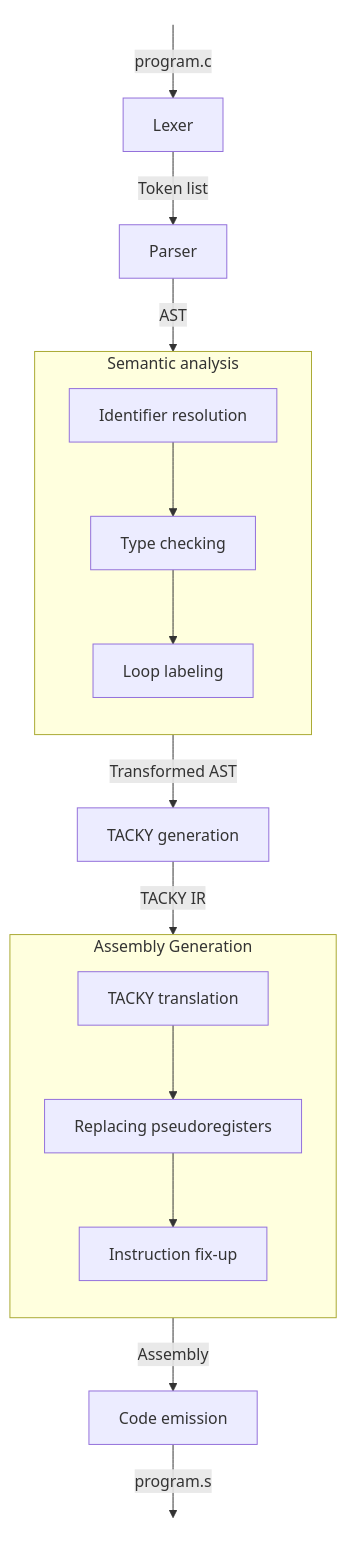
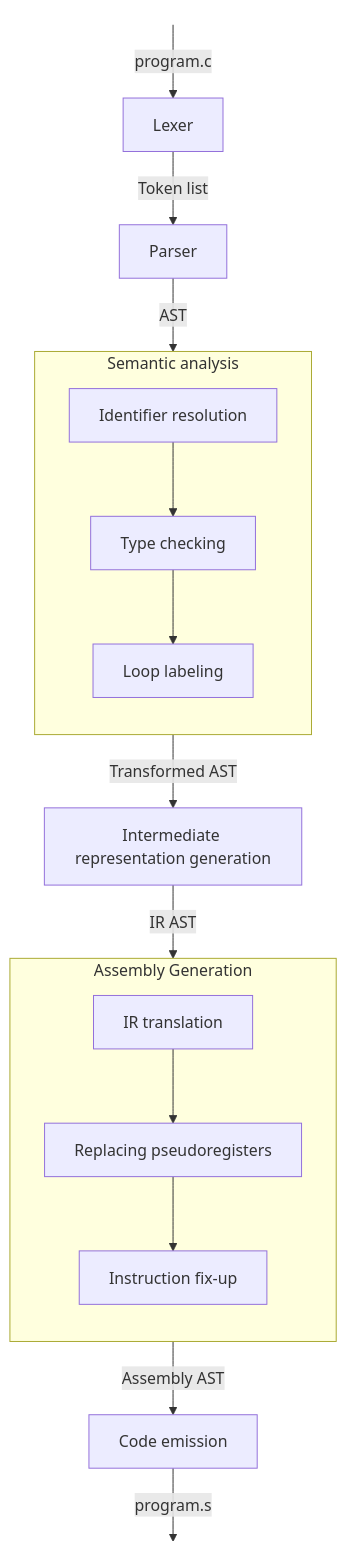
One commit to yaskell/rpcc changed the second of 2 diagrams in README.md. Above: the diagram before and after it, drawn with Mermaid. The commit also changed other lines of this file and 4 other files, not shown here.

First line of the commit message:
docs(readme): add architecture and design section

````diff
--- a/README.md
+++ b/README.md
@@ -155,34 +166,34 @@
 ```mermaid
 flowchart TD
     start(( )) -->|"program.c"| B["Lexer"]
     B -->|"Token list"| C["Parser"]
     C -->|"AST"| SA
 
     subgraph SA["Semantic analysis"]
         direction TB
         D1["Identifier resolution"]
         D2["Type checking"]
         D3["Loop labeling"]
 
         D1 --> D2 --> D3
     end
 
-    SA -->|"Transformed AST"| E["TACKY generation"]
-    E -->|"TACKY IR"| AG
+    SA -->|"Transformed AST"| I["Intermediate representation generation"]
+    I -->|"IR AST"| AG
 
     subgraph AG["Assembly Generation"]
         direction TB
-        F1["TACKY translation"]
+        F1["IR translation"]
         F2["Replacing pseudoregisters"]
         F3["Instruction fix-up"]
 
         F1 --> F2 --> F3
     end
 
-    AG -->|"Assembly"| G["Code emission"]
+    AG -->|"Assembly AST"| G["Code emission"]
     G -->|"program.s"| terminal(( ))
 
 
 style start fill:none,stroke:none,color:none
 style terminal fill:none,stroke:none,color:none
 ```
````
